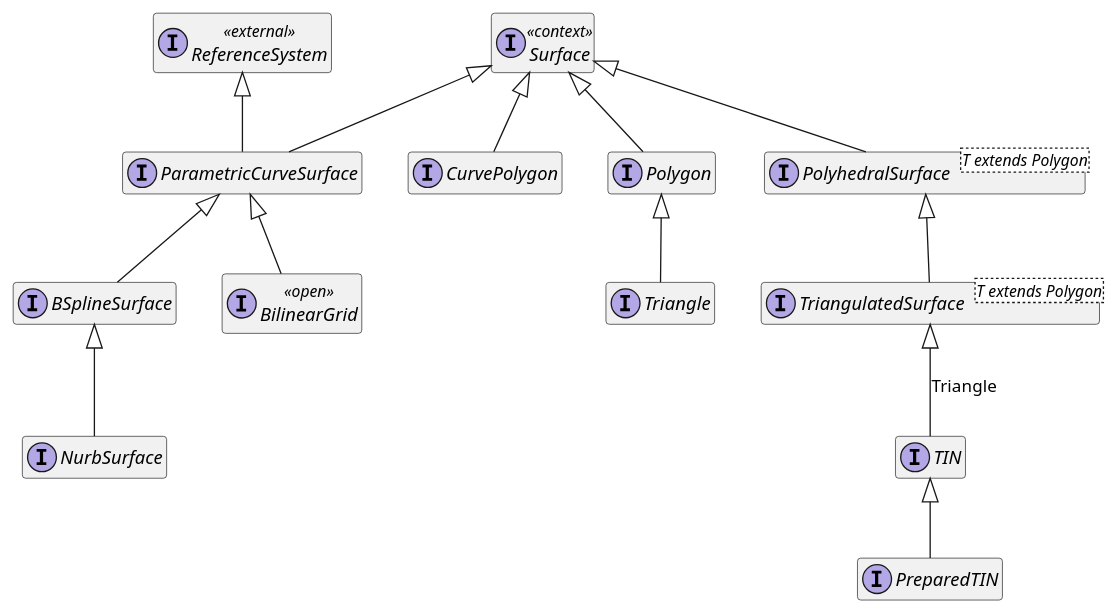
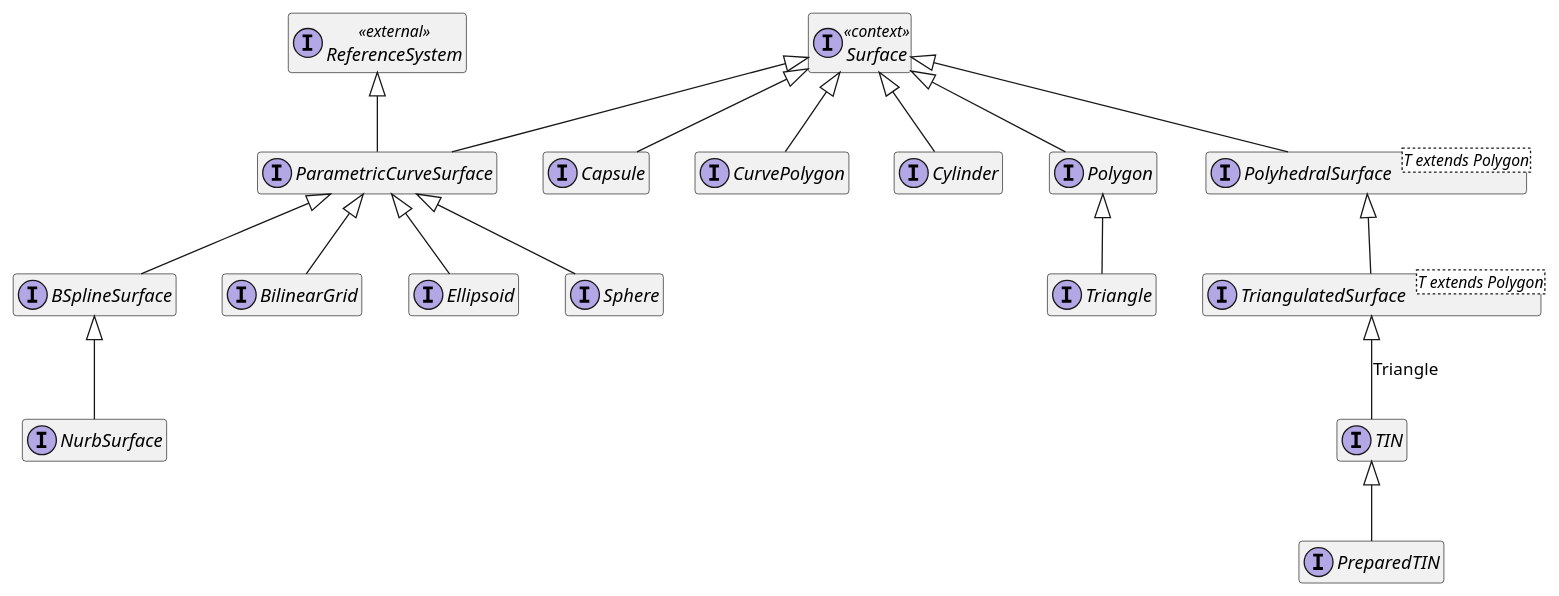
The fourth of 6 diagrams in incubator/src/org.apache.sis.geometry/main/org/apache/sis/geometries/summary.adoc (apache/sis), drawn with PlantUML before and after one commit. The commit also changed other lines of this file and 17 other files, not shown here.

```diff
--- a/incubator/src/org.apache.sis.geometry/main/org/apache/sis/geometries/summary.adoc
+++ b/incubator/src/org.apache.sis.geometry/main/org/apache/sis/geometries/summary.adoc
@@ -183,51 +175,55 @@
 [plantuml,geometry-surfaces,svg]
 ....
 @startuml
 hide empty members
 skinparam shadowing false
 skinparam interface {
     BackgroundColor #FDFDFD
     BorderColor #4A6785
-}
-skinparam interface<<open>> {
-    BackgroundColor #FFF6E0
-    BorderColor #C9A227
 }
 skinparam interface<<context>> {
     BackgroundColor #EEF3F8
     BorderColor #93A9C0
 }
 skinparam interface<<external>> {
     BackgroundColor #F0F0F0
     BorderColor #999999
 }
 
 interface BSplineSurface
-interface BilinearGrid <<open>>
+interface BilinearGrid
+interface Capsule
 interface CurvePolygon
+interface Cylinder
+interface Ellipsoid
 interface NurbSurface
 interface ParametricCurveSurface
 interface Polygon
 interface "PolyhedralSurface<T extends Polygon>" as PolyhedralSurface
 interface PreparedTIN
+interface Sphere
 interface Surface <<context>>
 interface TIN
 interface Triangle
 interface "TriangulatedSurface<T extends Polygon>" as TriangulatedSurface
 
 interface ReferenceSystem <<external>>
 
 BSplineSurface <|-- NurbSurface
 ParametricCurveSurface <|-- BSplineSurface
 ParametricCurveSurface <|-- BilinearGrid
+ParametricCurveSurface <|-- Ellipsoid
+ParametricCurveSurface <|-- Sphere
 Polygon <|-- Triangle
 PolyhedralSurface <|-- TriangulatedSurface
 ReferenceSystem <|-- ParametricCurveSurface
+Surface <|-- Capsule
 Surface <|-- CurvePolygon
+Surface <|-- Cylinder
 Surface <|-- ParametricCurveSurface
 Surface <|-- Polygon
 Surface <|-- PolyhedralSurface
 TIN <|-- PreparedTIN
 TriangulatedSurface <|-- TIN : Triangle
 @enduml
 ....
```
